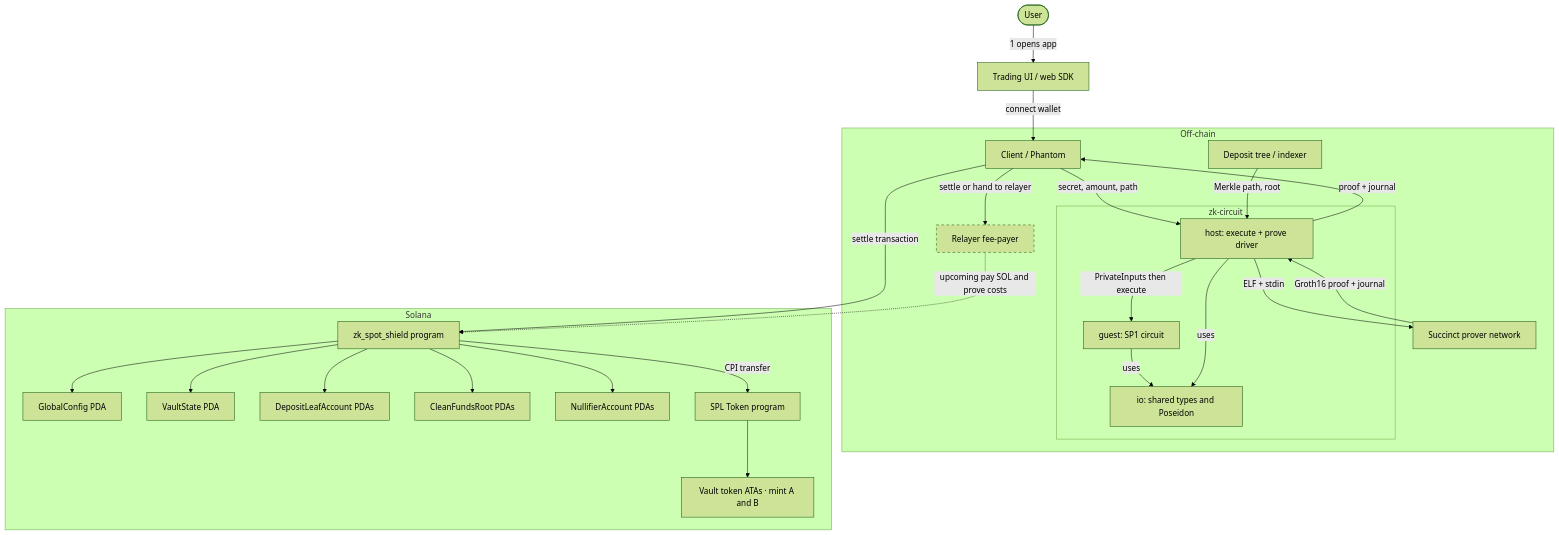
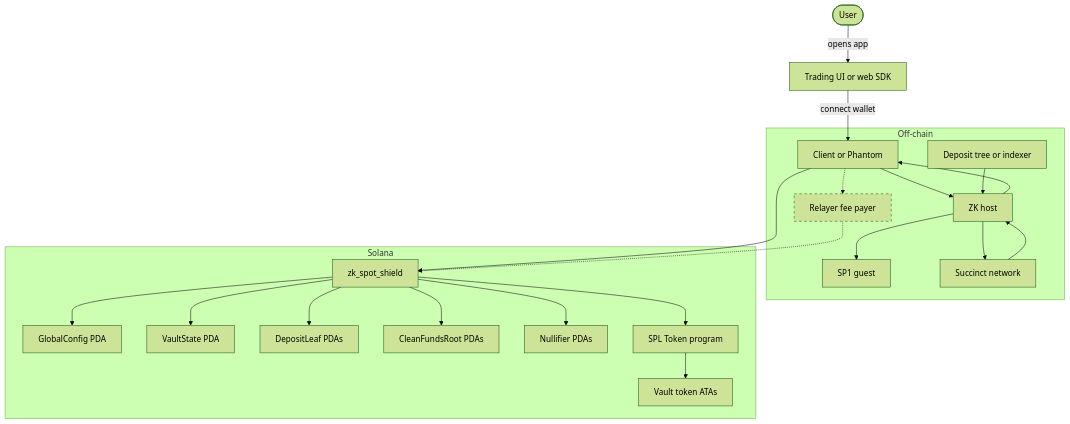
One commit to pprogrammingg/zk-spot-shield changed the first of 7 diagrams in docs/architecture.md. Above: the diagram before and after it, drawn with Mermaid (forest theme). The commit also changed other lines of this file and 6 other files, not shown here.

````diff
--- a/docs/architecture.md
+++ b/docs/architecture.md
@@ -9,51 +11,47 @@
 ```mermaid
 flowchart TB
-    User(["User"])
-    Ui["Trading UI / web SDK"]
-    User -->|"1 opens app"| Ui
-    Ui -->|"connect wallet"| Client
+  User([User])
+  Ui[Trading UI or web SDK]
+  User -->|opens app| Ui
+  Ui -->|connect wallet| Client
 
-    subgraph offchain [Off-chain]
-        Client["Client / Phantom"]
-        Indexer["Deposit tree / indexer"]
-        Relayer["Relayer fee-payer"]
-        subgraph zk [zk-circuit]
-            Io["io: shared types and Poseidon"]
-            Host["host: execute + prove driver"]
-            Guest["guest: SP1 circuit"]
-        end
-        Prover["Succinct prover network"]
-    end
-    subgraph onchain [Solana]
-        Program["zk_spot_shield program"]
-        Config["GlobalConfig PDA"]
-        Vault["VaultState PDA"]
-        VaultAta["Vault token ATAs · mint A and B"]
-        Leaves["DepositLeafAccount PDAs"]
-        Roots["CleanFundsRoot PDAs"]
-        Nullifiers["NullifierAccount PDAs"]
-        Spl["SPL Token program"]
-    end
+  subgraph offchain [Off-chain]
+    Client[Client or Phantom]
+    Indexer[Deposit tree or indexer]
+    Relayer[Relayer fee payer]
+    Host[ZK host]
+    Guest[SP1 guest]
+    Prover[Succinct network]
+  end
 
-    Client -->|"secret, amount, path"| Host
-    Indexer -->|"Merkle path, root"| Host
-    Host -->|"PrivateInputs then execute"| Guest
-    Guest -->|uses| Io
-    Host -->|uses| Io
-    Host -->|"ELF + stdin"| Prover
-    Prover -->|"Groth16 proof + journal"| Host
-    Host -->|"proof + journal"| Client
-    Client -->|"settle or hand to relayer"| Relayer
-    Client -->|"settle transaction"| Program
-    Relayer -.->|"upcoming pay SOL and prove costs"| Program
-    Program --> Config
-    Program --> Vault
-    Program --> Leaves
-    Program --> Roots
-    Program --> Nullifiers
-    Program -->|"CPI transfer"| Spl
-    Spl --> VaultAta
+  subgraph onchain [Solana]
+    Program[zk_spot_shield]
+    Config[GlobalConfig PDA]
+    Vault[VaultState PDA]
+    VaultAta[Vault token ATAs]
+    Leaves[DepositLeaf PDAs]
+    Roots[CleanFundsRoot PDAs]
+    Nullifiers[Nullifier PDAs]
+    Spl[SPL Token program]
+  end
 
-    classDef planned stroke-dasharray: 5 5
-    class Relayer planned
+  Client --> Host
+  Indexer --> Host
+  Host --> Guest
+  Host --> Prover
+  Prover --> Host
+  Host --> Client
+  Client --> Program
+  Client -.-> Relayer
+  Relayer -.-> Program
+  Program --> Config
+  Program --> Vault
+  Program --> Leaves
+  Program --> Roots
+  Program --> Nullifiers
+  Program --> Spl
+  Spl --> VaultAta
+
+  classDef planned stroke-dasharray: 5 5
+  class Relayer planned
 ```
````
